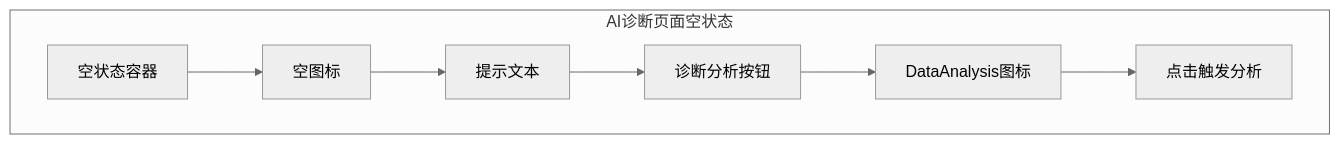
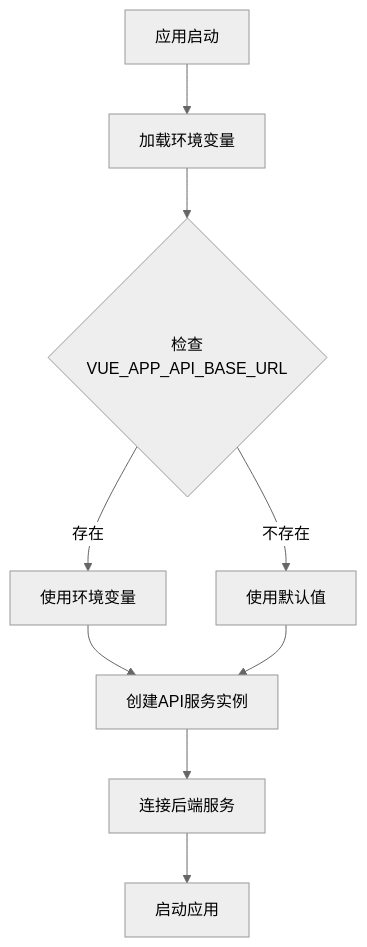
Before and after one commit to liuzh2008/med_ai_assistant_workspace: the sixth of 18 diagrams in .qoder/repowiki/zh/content/Update Summary/Update Summary.md, drawn with Mermaid (neutral theme). The commit also changed other lines of this file and 3 other files, not shown here.

````diff
--- a/.qoder/repowiki/zh/content/Update Summary/Update Summary.md
+++ b/.qoder/repowiki/zh/content/Update Summary/Update Summary.md
@@ -350,10 +393,11 @@
 ```mermaid
 graph TB
-subgraph "AI诊断页面空状态"
-A[空状态容器] --> B[空图标]
-B --> C[提示文本]
-C --> D[诊断分析按钮]
-D --> E[DataAnalysis图标]
-E --> F[点击触发分析]
-end
+A[应用启动] --> B[加载环境变量]
+B --> C{检查VUE_APP_API_BASE_URL}
+C --> |存在| D[使用环境变量]
+C --> |不存在| E[使用默认值]
+D --> F[创建API服务实例]
+E --> F
+F --> G[连接后端服务]
+G --> H[启动应用]
 ```
````
